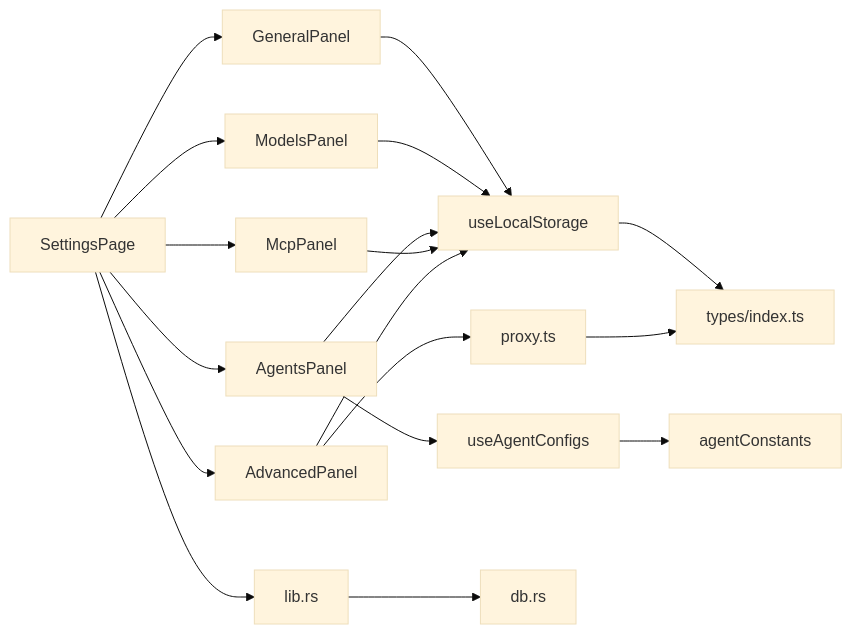
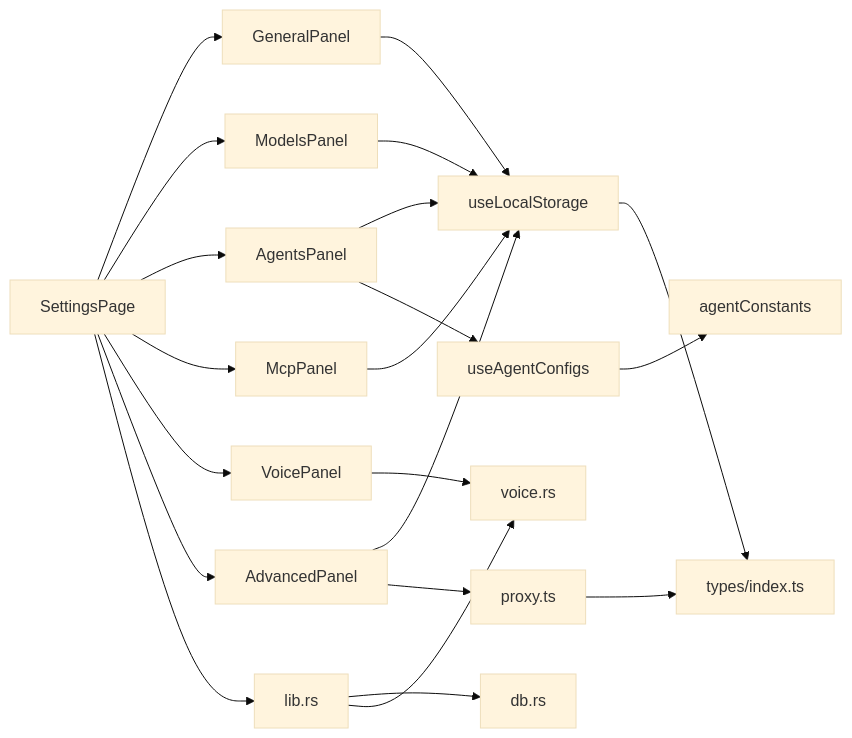
The sixth of 6 diagrams in .qoder/repowiki/zh/content/设置和配置/设置和配置.md (RabbitAI-Lab/RabbitCoding), drawn with Mermaid (base theme) before and after one commit. The commit also changed other lines of this file and 88 other files, not shown here.

````diff
--- a/.qoder/repowiki/zh/content/设置和配置/设置和配置.md
+++ b/.qoder/repowiki/zh/content/设置和配置/设置和配置.md
@@ -314,20 +392,23 @@
 ```mermaid
 graph LR
 GP["GeneralPanel"] --> ULC["useLocalStorage"]
 MP["ModelsPanel"] --> ULC
 AP["AgentsPanel"] --> ULC
 MCP["McpPanel"] --> ULC
+VP["VoicePanel"] --> VOICE["voice.rs"]
 ADV["AdvancedPanel"] --> ULC
 ADV --> PROXY["proxy.ts"]
 AP --> UAC["useAgentConfigs"]
 UAC --> AC["agentConstants"]
 ULC --> TYPES["types/index.ts"]
 PROXY --> TYPES
 SP["SettingsPage"] --> GP
 SP --> MP
 SP --> AP
 SP --> MCP
+SP --> VP
 SP --> ADV
 SP --> LIB["lib.rs"]
 LIB --> DB["db.rs"]
+LIB --> VOICE
 ```
````
